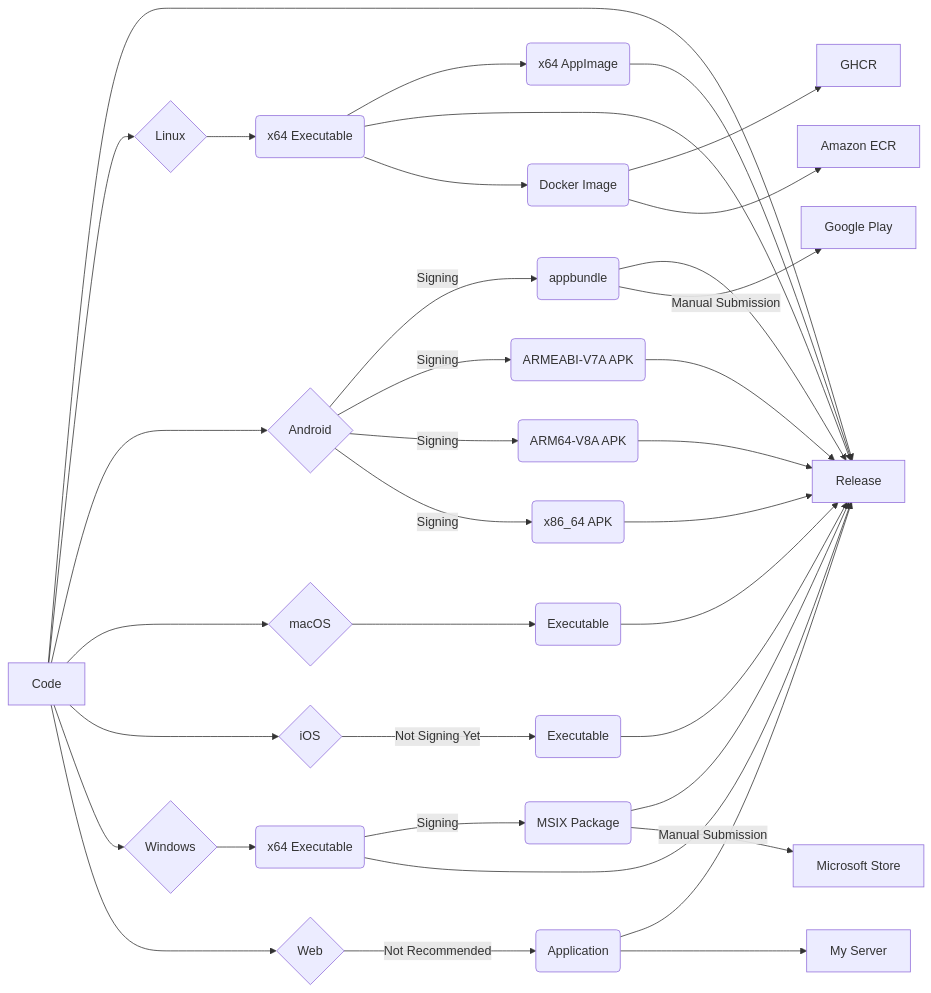
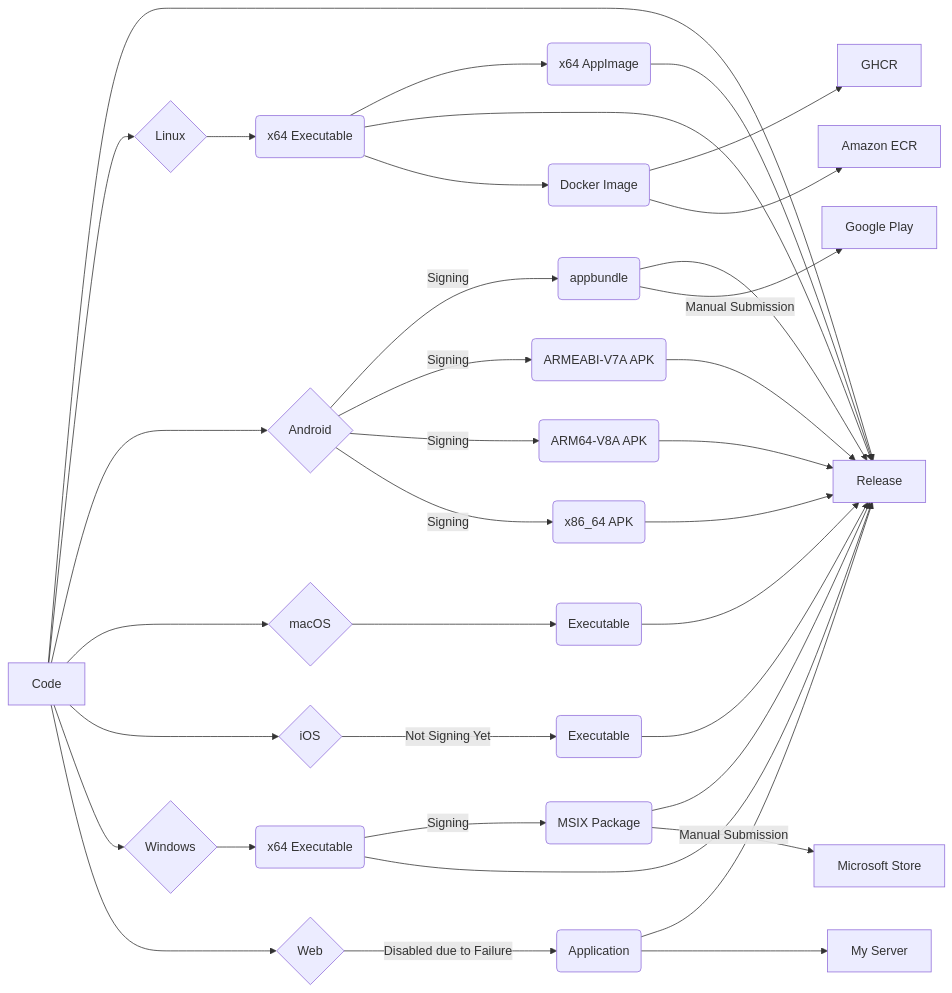
The diagram in README.md (bitscoper/bitscoper_cyberkit), drawn with Mermaid before and after one commit. The commit also changed other lines of this file and 47 other files, not shown here.

````diff
--- a/README.md
+++ b/README.md
@@ -47,45 +47,45 @@
 ```mermaid
 flowchart LR
 
 Code --> Release[Release]
 
 Code[Code] --> Linux{Linux}
 Linux --> Linux_x64_Executable(x64 Executable)
 Linux_x64_Executable --> Linux_x64_AppImage(x64 AppImage)
 Linux_x64_Executable --> Release[Release]
 Linux_x64_AppImage --> Release[Release]
 Linux_x64_Executable --> Linux_Docker_Image(Docker Image)
 Linux_Docker_Image --> GHCR[GHCR]
 Linux_Docker_Image --> Amazon_ECR[Amazon ECR]
 
 Code --> Android{Android}
 Android --> |Signing| Android_appbundle(appbundle)
 Android --> |Signing| Android_ARMEABI_V7A_APK(ARMEABI-V7A APK)
 Android --> |Signing| Android_ARM64_V8A_APK(ARM64-V8A APK)
 Android --> |Signing| Android_x86_64_APK(x86_64 APK)
 Android_appbundle --> Release[Release]
 Android_x86_64_APK --> Release[Release]
 Android_ARM64_V8A_APK --> Release[Release]
 Android_ARMEABI_V7A_APK --> Release[Release]
 Android_appbundle --> |Manual Submission| Google_Play[Google Play]
 
 Code --> macOS{macOS}
 macOS --> macOS_Executable(Executable)
 macOS_Executable --> Release[Release]
 
 Code --> iOS{iOS}
 iOS --> |Not Signing Yet| iOS_Executable(Executable)
 iOS_Executable --> Release[Release]
 
 Code --> Windows{Windows}
 Windows --> Windows_x64_Executable(x64 Executable)
 Windows_x64_Executable --> |Signing| Windows_x64_MSIX_Package(MSIX Package)
 Windows_x64_Executable --> Release[Release]
 Windows_x64_MSIX_Package --> Release[Release]
 Windows_x64_MSIX_Package --> |Manual Submission| Microsoft_Store[Microsoft Store]
 
 Code --> Web{Web}
-Web --> |Not Recommended| Web_Application(Application)
+Web --> |Disabled due to Failure| Web_Application(Application)
 Web_Application --> Release[Release]
 Web_Application --> My_Server[My Server]
 ```
````
